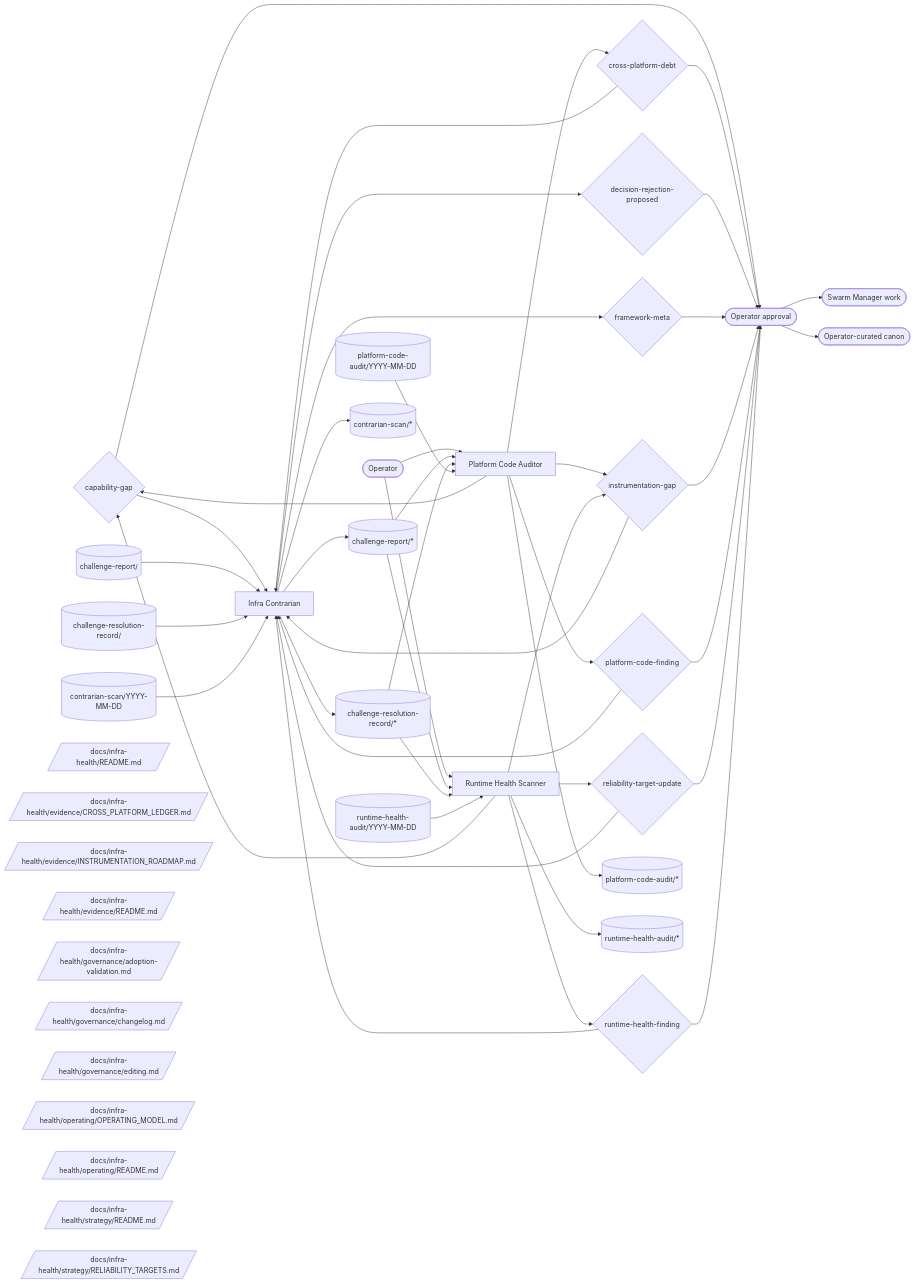
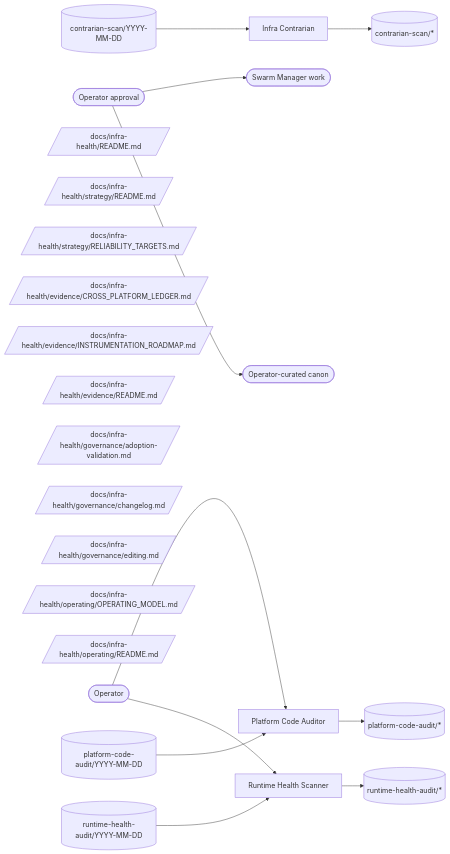
Before and after one commit to Vrooli/Vrooli: the diagram in docs/infra-health/operating/OPERATING_MODEL.md, drawn with Mermaid. The commit also changed other lines of this file and 540 other files, not shown here.

```diff
--- a/docs/infra-health/operating/OPERATING_MODEL.md
+++ b/docs/infra-health/operating/OPERATING_MODEL.md
@@ -82,44 +84,16 @@
   APPROVAL([Operator approval])
   %% @node CANON process:operator-curated-canon
   CANON([Operator-curated canon])
-  %% @node CG decision:capability-gap
-  CG{capability-gap}
-  %% @node CPD decision:cross-platform-debt
-  CPD{cross-platform-debt}
-  %% @node CR topic:challenge-report/<decision-id>
-  CR[(challenge-report/<decision-id>)]
-  %% @node CRR topic:challenge-resolution-record/<decision-id>
-  CRR[(challenge-resolution-record/<decision-id>)]
+  %% @node CONTRARIANSC topic:contrarian-scan/*
+  CONTRARIANSC[(contrarian-scan/*)]
   %% @node CS topic:contrarian-scan/YYYY-MM-DD
   CS[(contrarian-scan/YYYY-MM-DD)]
-  %% @node DRP decision:decision-rejection-proposed
-  DRP{decision-rejection-proposed}
-  %% @node FM decision:framework-meta
-  FM{framework-meta}
-  %% @node IC member:infra-contrarian
-  IC[Infra Contrarian]
-  %% @node IG decision:instrumentation-gap
-  IG{instrumentation-gap}
-  %% @node OP external:operator
-  OP([Operator])
-  %% @node PCA member:platform-code-auditor
-  PCA[Platform Code Auditor]
-  %% @node PCAUD topic:platform-code-audit/YYYY-MM-DD
-  PCAUD[(platform-code-audit/YYYY-MM-DD)]
-  %% @node PCF decision:platform-code-finding
-  PCF{platform-code-finding}
-  %% @node RHA topic:runtime-health-audit/YYYY-MM-DD
-  RHA[(runtime-health-audit/YYYY-MM-DD)]
-  %% @node RHF decision:runtime-health-finding
-  RHF{runtime-health-finding}
-  %% @node RHS member:runtime-health-scanner
-  RHS[Runtime Health Scanner]
-  %% @node RTU decision:reliability-target-update
-  RTU{reliability-target-update}
-  %% @node SWARM external:swarm-manager-work
-  SWARM([Swarm Manager work])
   %% @node DOCSINFRAHEA por:docs/infra-health/README.md
   DOCSINFRAHEA[/docs/infra-health/README.md/]
+  %% @node DOCSINFRAHEA10 por:docs/infra-health/strategy/README.md
+  DOCSINFRAHEA10[/docs/infra-health/strategy/README.md/]
+  %% @node DOCSINFRAHEA11 por:docs/infra-health/strategy/RELIABILITY_TARGETS.md
+  DOCSINFRAHEA11[/docs/infra-health/strategy/RELIABILITY_TARGETS.md/]
   %% @node DOCSINFRAHEA2 por:docs/infra-health/evidence/CROSS_PLATFORM_LEDGER.md
   DOCSINFRAHEA2[/docs/infra-health/evidence/CROSS_PLATFORM_LEDGER.md/]
   %% @node DOCSINFRAHEA3 por:docs/infra-health/evidence/INSTRUMENTATION_ROADMAP.md
@@ -136,60 +110,32 @@
   DOCSINFRAHEA8[/docs/infra-health/operating/OPERATING_MODEL.md/]
   %% @node DOCSINFRAHEA9 por:docs/infra-health/operating/README.md
   DOCSINFRAHEA9[/docs/infra-health/operating/README.md/]
-  %% @node DOCSINFRAHEA10 por:docs/infra-health/strategy/README.md
-  DOCSINFRAHEA10[/docs/infra-health/strategy/README.md/]
-  %% @node DOCSINFRAHEA11 por:docs/infra-health/strategy/RELIABILITY_TARGETS.md
-  DOCSINFRAHEA11[/docs/infra-health/strategy/RELIABILITY_TARGETS.md/]
-  %% @node CHALLENGEREP topic:challenge-report/*
-  CHALLENGEREP[(challenge-report/*)]
-  %% @node CHALLENGERES topic:challenge-resolution-record/*
-  CHALLENGERES[(challenge-resolution-record/*)]
-  %% @node CONTRARIANSC topic:contrarian-scan/*
-  CONTRARIANSC[(contrarian-scan/*)]
+  %% @node IC member:infra-contrarian
+  IC[Infra Contrarian]
+  %% @node OP external:operator
+  OP([Operator])
+  %% @node PCA member:platform-code-auditor
+  PCA[Platform Code Auditor]
+  %% @node PCAUD topic:platform-code-audit/YYYY-MM-DD
+  PCAUD[(platform-code-audit/YYYY-MM-DD)]
   %% @node PLATFORMCODE topic:platform-code-audit/*
   PLATFORMCODE[(platform-code-audit/*)]
+  %% @node RHA topic:runtime-health-audit/YYYY-MM-DD
+  RHA[(runtime-health-audit/YYYY-MM-DD)]
+  %% @node RHS member:runtime-health-scanner
+  RHS[Runtime Health Scanner]
   %% @node RUNTIMEHEALT topic:runtime-health-audit/*
   RUNTIMEHEALT[(runtime-health-audit/*)]
+  %% @node SWARM external:swarm-manager-work
+  SWARM([Swarm Manager work])
 
-  CG --> IC
-  CG --> APPROVAL
-  CPD --> IC
-  CPD --> APPROVAL
-  DRP --> APPROVAL
-  FM --> APPROVAL
-  IG --> IC
-  IG --> APPROVAL
-  PCF --> IC
-  PCF --> APPROVAL
-  RTU --> IC
-  RTU --> APPROVAL
-  RHF --> IC
-  RHF --> APPROVAL
   OP --> PCA
   OP --> RHS
-  IC --> DRP
-  IC --> FM
-  IC --> CHALLENGEREP
-  IC --> CHALLENGERES
   IC --> CONTRARIANSC
-  PCA --> CG
-  PCA --> CPD
-  PCA --> IG
-  PCA --> PCF
   PCA --> PLATFORMCODE
-  RHS --> CG
-  RHS --> IG
-  RHS --> RTU
-  RHS --> RHF
   RHS --> RUNTIMEHEALT
   APPROVAL --> SWARM
   APPROVAL --> CANON
-  CHALLENGEREP --> PCA
-  CHALLENGEREP --> RHS
-  CR --> IC
-  CHALLENGERES --> PCA
-  CHALLENGERES --> RHS
-  CRR --> IC
   CS --> IC
   PCAUD --> PCA
   RHA --> RHS
```
